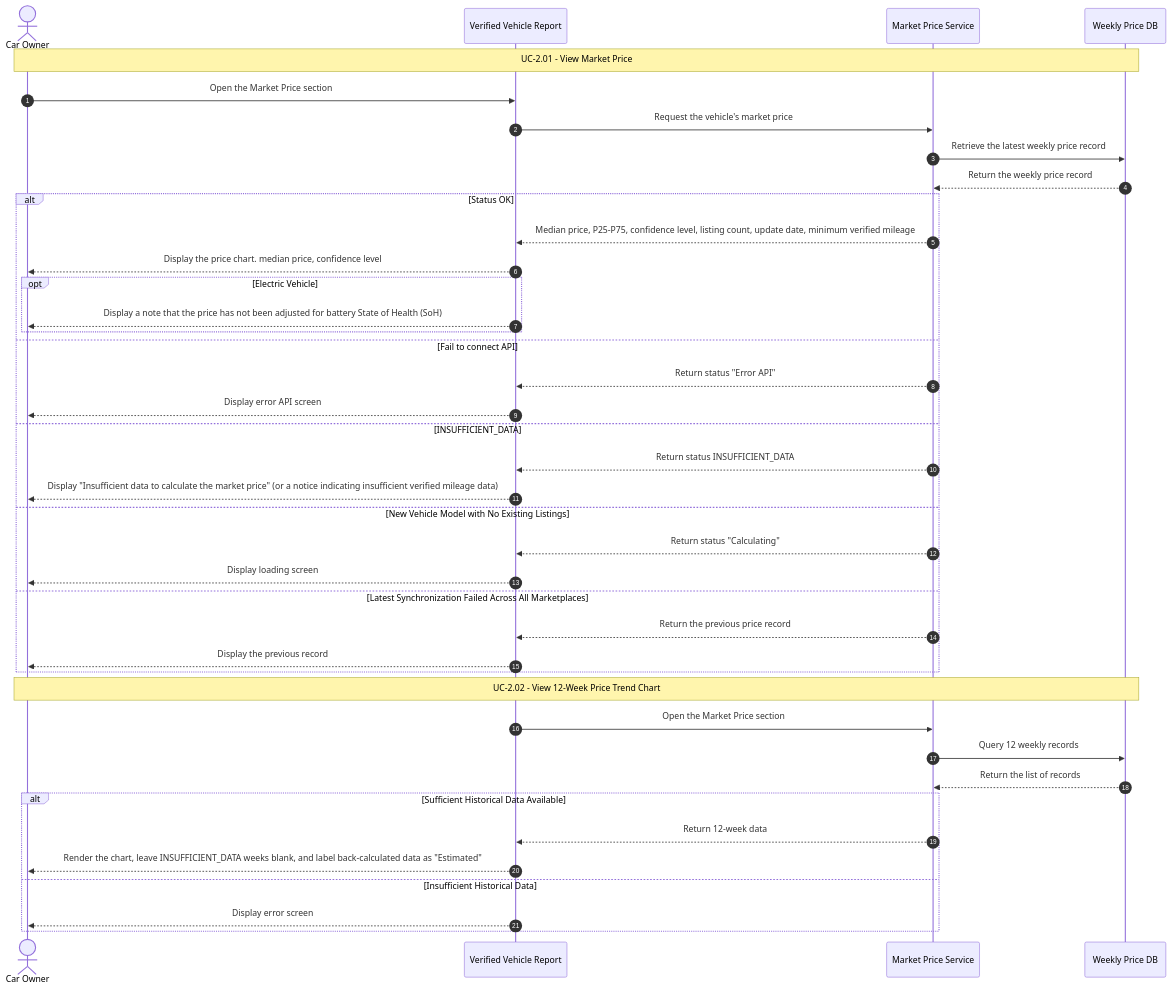
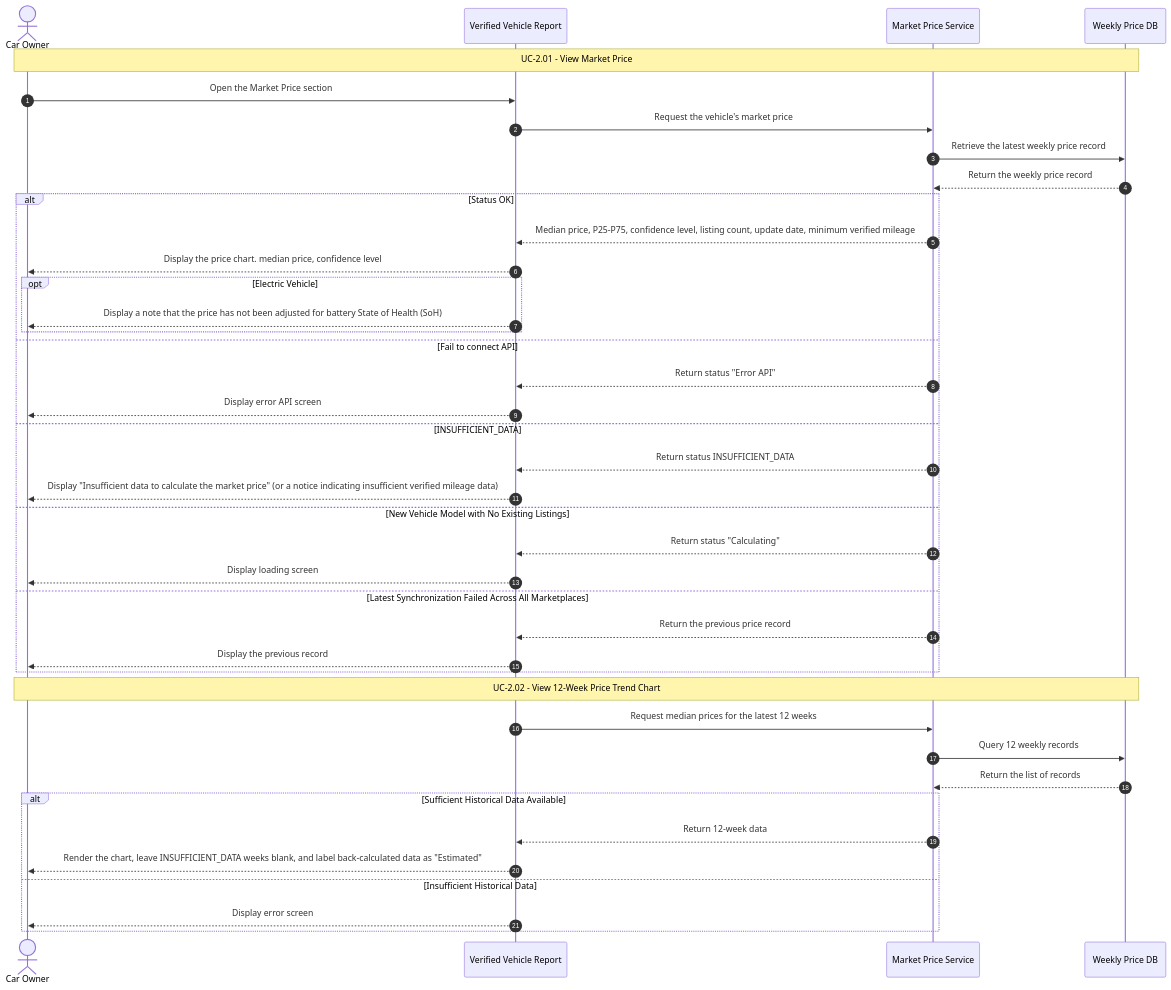
The diagram in docs/use-case/sequence-diagram/S-05.md (giangnhk63db/DBIZ-2_GROUP-A), drawn with Mermaid before and after one commit.

````diff
--- a/docs/use-case/sequence-diagram/S-05.md
+++ b/docs/use-case/sequence-diagram/S-05.md
@@ -9,46 +9,46 @@
 ```mermaid 
 sequenceDiagram
     autonumber
     actor Owner as Car Owner
     participant App as Verified Vehicle Report
     participant MP as Market Price Service
     participant DB as Weekly Price DB
 
     Note over Owner, DB: UC-2.01 - View Market Price
     Owner->>App: Open the Market Price section
     App->>MP: Request the vehicle's market price
     MP->>DB: Retrieve the latest weekly price record
     DB-->>MP: Return the weekly price record
 
     alt Status OK
         MP-->>App: Median price, P25-P75, confidence level, listing count, update date, minimum verified mileage
         App-->>Owner: Display the price chart. median price, confidence level
         opt Electric Vehicle
             App-->>Owner: Display a note that the price has not been adjusted for battery State of Health (SoH)
         end
     else Fail to connect API
         MP-->>App: Return status "Error API"
         App-->>Owner: Display error API screen
     else INSUFFICIENT_DATA
         MP-->>App: Return status INSUFFICIENT_DATA
         App-->>Owner: Display "Insufficient data to calculate the market price" (or a notice indicating insufficient verified mileage data)
     else New Vehicle Model with No Existing Listings
         MP-->>App: Return status "Calculating"
         App-->>Owner: Display loading screen
     else Latest Synchronization Failed Across All Marketplaces
         MP-->>App: Return the previous price record
         App-->>Owner: Display the previous record 
     end
 
     Note over Owner, DB: UC-2.02 - View 12-Week Price Trend Chart
-    App->>MP:  Open the Market Price section
+    App->>MP: Request median prices for the latest 12 weeks
     MP->>DB: Query 12 weekly records
     DB-->>MP: Return the list of records
 
     alt Sufficient Historical Data Available
         MP-->>App: Return 12-week data
         App-->>Owner: Render the chart, leave INSUFFICIENT_DATA weeks blank, and label back-calculated data as "Estimated"
     else Insufficient Historical Data
         App-->>Owner: Display error screen
     end
 ```
````
